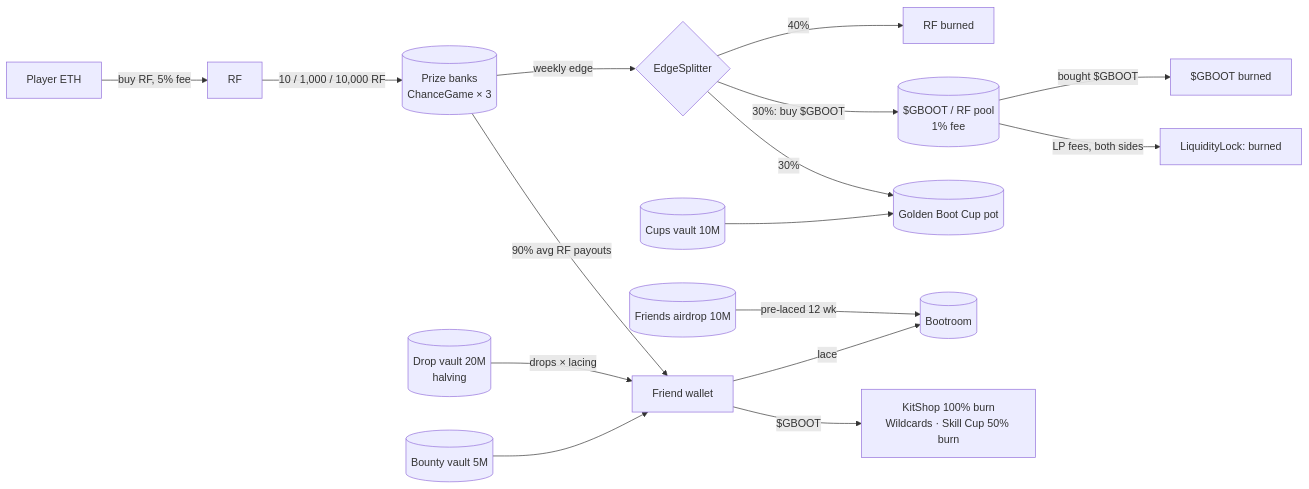
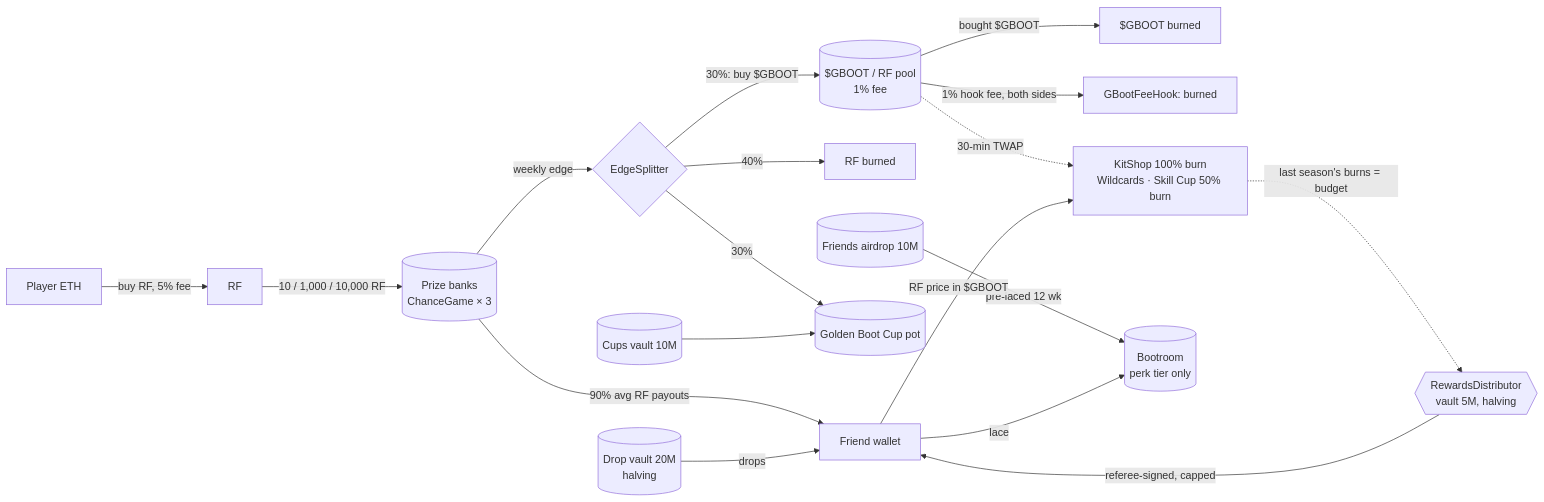
The diagram in docs/ECONOMY.md (tulipoaaaaa/penalty-kings), drawn with Mermaid before and after one commit. The commit also changed other lines of this file and 44 other files, not shown here.

````diff
--- a/docs/ECONOMY.md
+++ b/docs/ECONOMY.md
@@ -51,18 +62,20 @@
 ```mermaid
 flowchart LR
   ETH[Player ETH] -->|buy RF, 5% fee| RF[RF]
   RF -->|10 / 1,000 / 10,000 RF| BANK[(Prize banks<br/>ChanceGame × 3)]
   BANK -->|90% avg RF payouts| PLAYER[Friend wallet]
   BANK -->|weekly edge| SPLIT{EdgeSplitter}
   SPLIT -->|40%| RFBURN[RF burned]
   SPLIT -->|30%: buy $GBOOT| POOL[($GBOOT / RF pool<br/>1% fee)]
   POOL -->|bought $GBOOT| GBURN[$GBOOT burned]
   SPLIT -->|30%| CUP[(Golden Boot Cup pot)]
-  POOL -->|LP fees, both sides| LOCK[LiquidityLock: burned]
-  DV[(Drop vault 20M<br/>halving)] -->|drops × lacing| PLAYER
+  POOL -->|1% hook fee, both sides| HBURN[GBootFeeHook: burned]
+  POOL -. 30-min TWAP .-> SINKS
+  DV[(Drop vault 20M<br/>halving)] -->|drops| PLAYER
   CV[(Cups vault 10M)] --> CUP
-  BV[(Bounty vault 5M)] --> PLAYER
-  AD[(Friends airdrop 10M)] -->|pre-laced 12 wk| BOOT[(Bootroom)]
+  SINKS -. last season's burns = budget .-> RD
+  RD{{RewardsDistributor<br/>vault 5M, halving}} -->|referee-signed, capped| PLAYER
+  AD[(Friends airdrop 10M)] -->|pre-laced 12 wk| BOOT[(Bootroom<br/>perk tier only)]
   PLAYER -->|lace| BOOT
-  PLAYER -->|$GBOOT| SINKS[KitShop 100% burn<br/>Wildcards · Skill Cup 50% burn]
+  PLAYER -->|RF price in $GBOOT| SINKS[KitShop 100% burn<br/>Wildcards · Skill Cup 50% burn]
 ```
````
